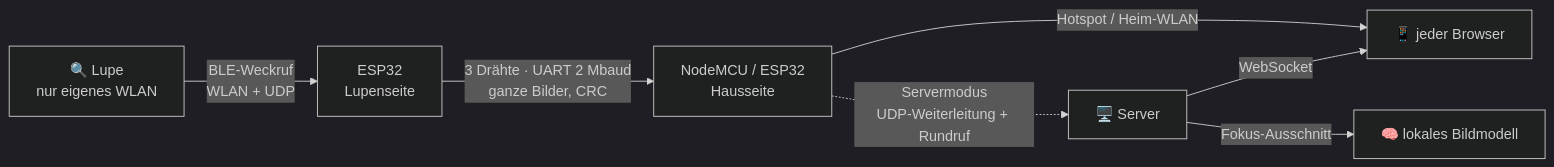
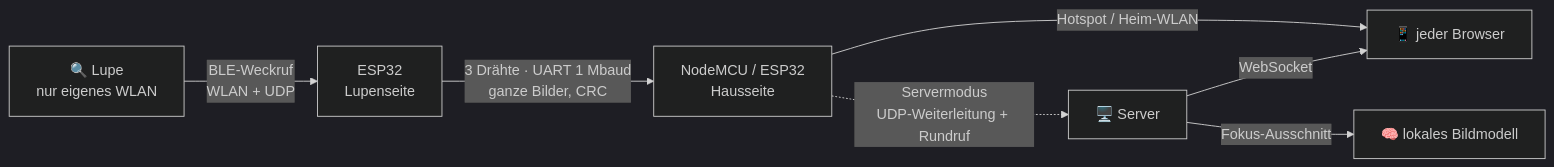
The diagram in README.de.md (ElektroGandhi/PlatinenLupe), drawn with Mermaid (dark theme) before and after one commit. The commit also changed 3 other files, not shown here.

````diff
--- a/README.de.md
+++ b/README.de.md
@@ -105,9 +105,9 @@
 ```mermaid
 flowchart LR
   L["🔍 Lupe<br/>nur eigenes WLAN"] -- "BLE-Weckruf<br/>WLAN + UDP" --> A["ESP32<br/>Lupenseite"]
-  A -- "3 Drähte · UART 2 Mbaud<br/>ganze Bilder, CRC" --> B["NodeMCU / ESP32<br/>Hausseite"]
+  A -- "3 Drähte · UART 1 Mbaud<br/>ganze Bilder, CRC" --> B["NodeMCU / ESP32<br/>Hausseite"]
   B -- "Hotspot / Heim-WLAN" --> P["📱 jeder Browser"]
   B -. "Servermodus<br/>UDP-Weiterleitung + Rundruf" .-> S["🖥️ Server"]
   S -- "WebSocket" --> P
   S -- "Fokus-Ausschnitt" --> M["🧠 lokales Bildmodell"]
 ```
````
